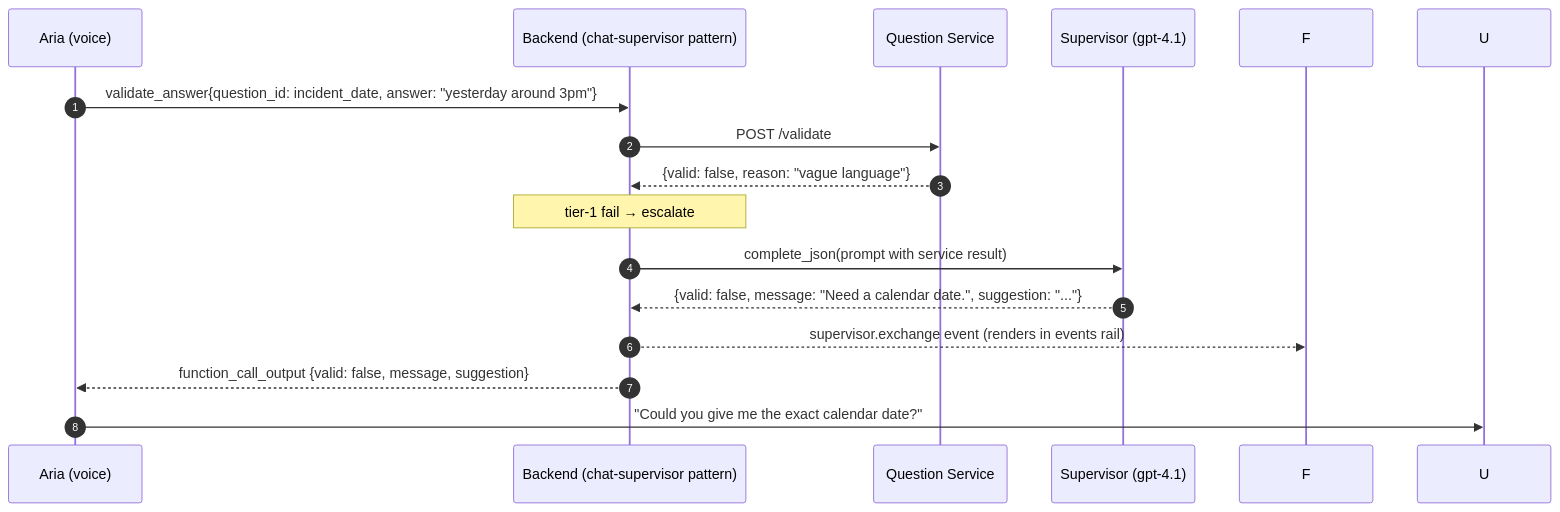
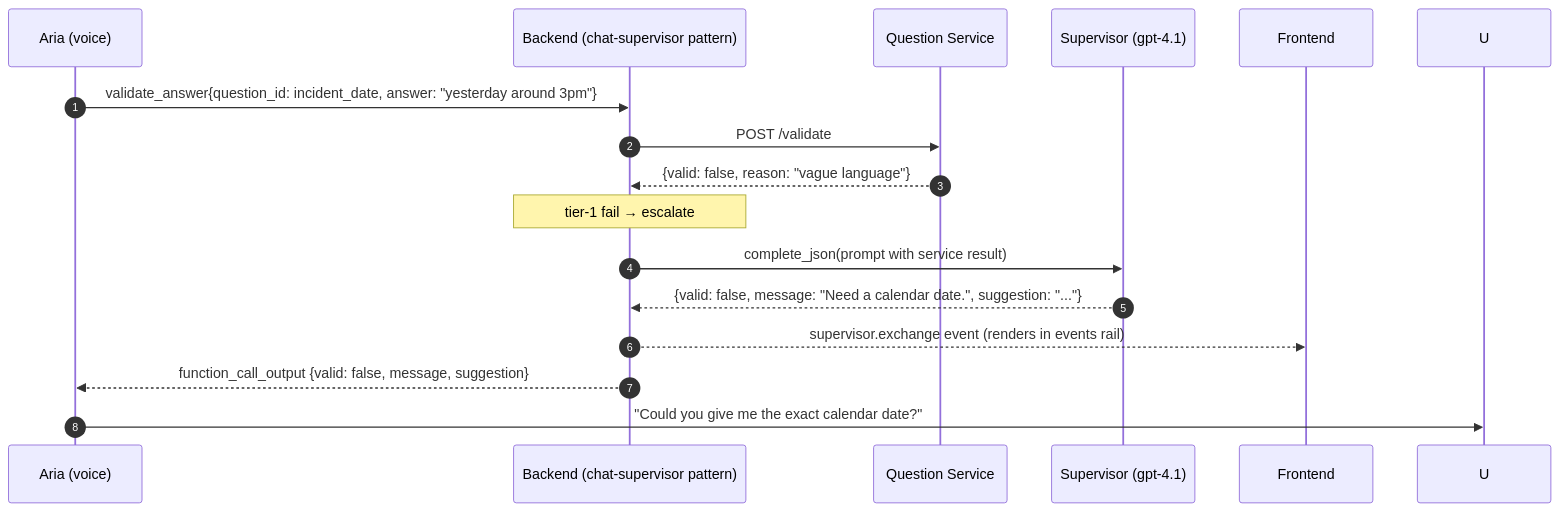
The diagram in docs/content/validation.md (aymenfurter/voicelive-agent-patterns), drawn with Mermaid before and after one commit. The commit also changed 3 other files, not shown here.

Commit message:
docs: declare Frontend participant in chat-supervisor and validation diagrams

```diff
--- a/docs/content/validation.md
+++ b/docs/content/validation.md
@@ -64,18 +64,19 @@
 {{< mermaid >}}
 sequenceDiagram
   autonumber
   participant V as Aria (voice)
   participant B as Backend (chat-supervisor pattern)
   participant Q as Question Service
   participant S as Supervisor (gpt-4.1)
+  participant F as Frontend
 
   V->>B: validate_answer{question_id: incident_date, answer: "yesterday around 3pm"}
   B->>Q: POST /validate
   Q-->>B: {valid: false, reason: "vague language"}
   Note over B: tier-1 fail → escalate
   B->>S: complete_json(prompt with service result)
   S-->>B: {valid: false, message: "Need a calendar date.", suggestion: "..."}
   B-->>F: supervisor.exchange event (renders in events rail)
   B-->>V: function_call_output {valid: false, message, suggestion}
   V->>U: "Could you give me the exact calendar date?"
 {{< /mermaid >}}
```
